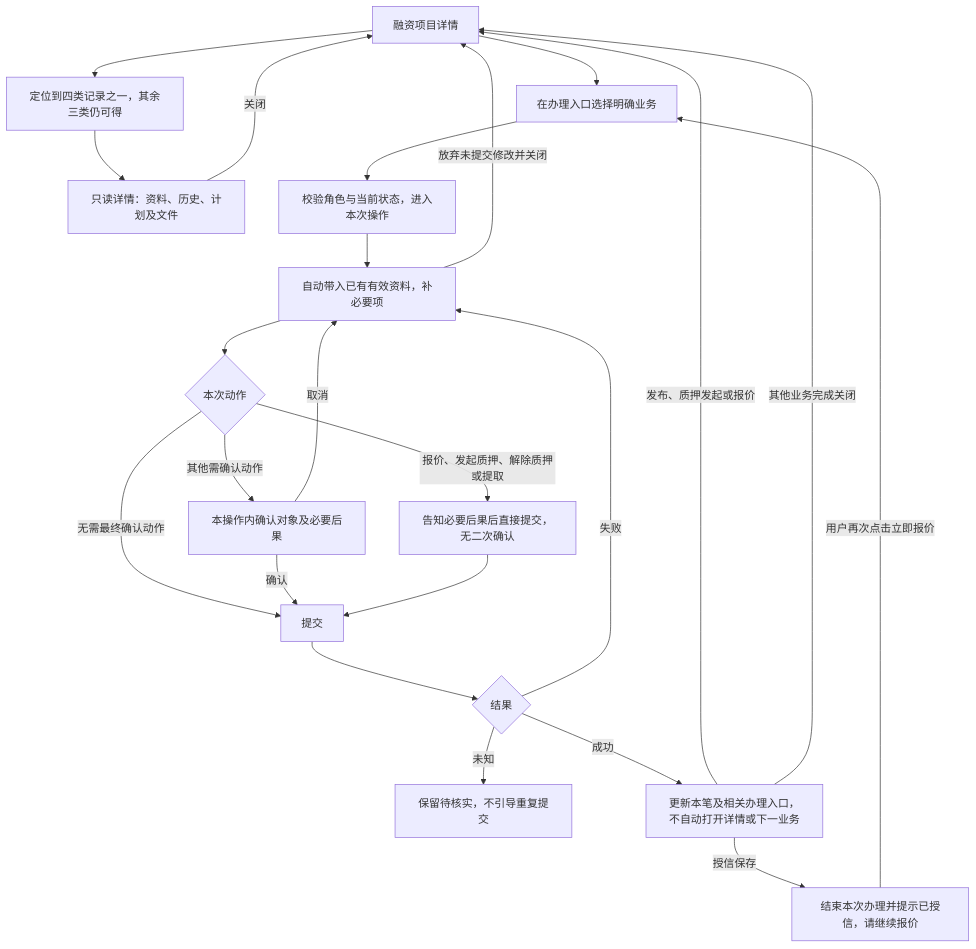
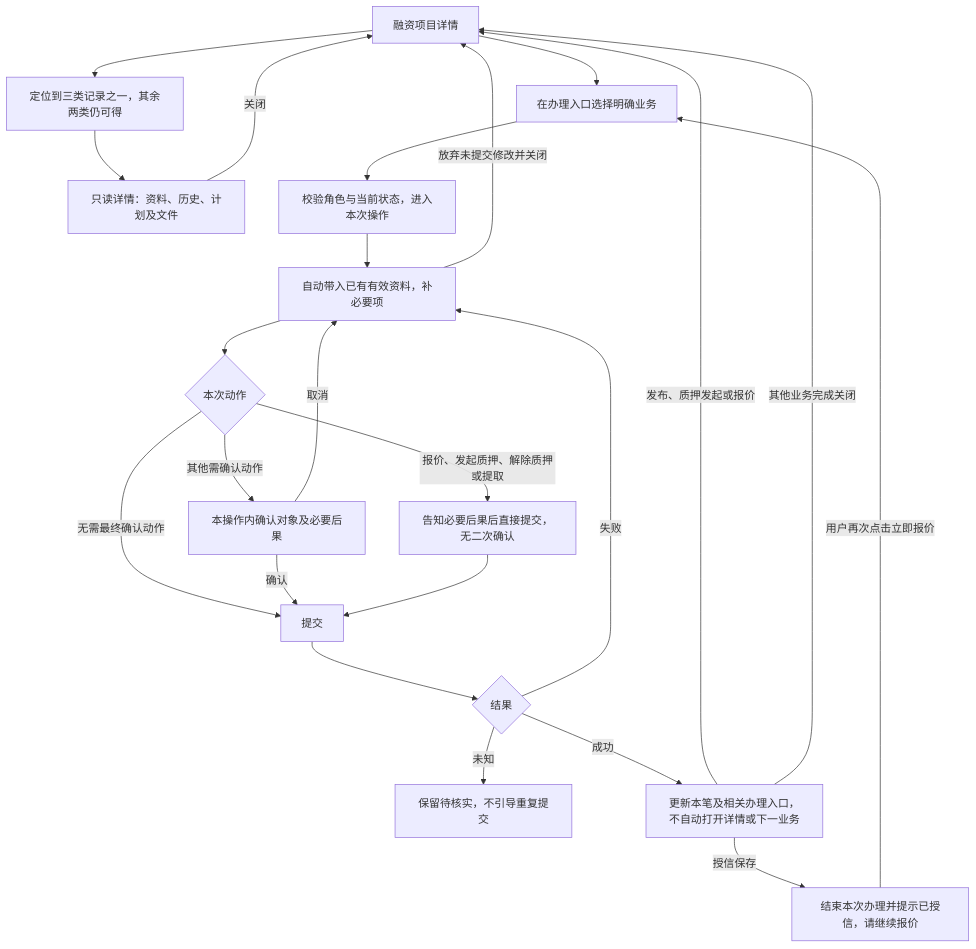
One commit to wxblockchain/Chain-Financing changed the seventh of 10 diagrams in lending-platform/PRD/面客端/05-借贷广场-融资需求与代币质押/02-融资需求与代币质押-流程图与状态机.md. Above: the diagram before and after it, drawn with Mermaid. The commit also changed other lines of this file and 5 other files, not shown here.

````diff
--- a/lending-platform/PRD/面客端/05-借贷广场-融资需求与代币质押/02-融资需求与代币质押-流程图与状态机.md
+++ b/lending-platform/PRD/面客端/05-借贷广场-融资需求与代币质押/02-融资需求与代币质押-流程图与状态机.md
@@ -196,25 +199,25 @@
 ```mermaid
 flowchart TD
-  A[融资项目详情] --> B[定位到四类记录之一，其余三类仍可得]
+  A[融资项目详情] --> B[定位到三类记录之一，其余两类仍可得]
   B --> C[只读详情：资料、历史、计划及文件]
   C -->|关闭| A
   A --> D[在办理入口选择明确业务]
   D --> E[校验角色与当前状态，进入本次操作]
   E --> F[自动带入已有有效资料，补必要项]
   F --> G{本次动作}
   G -->|报价、发起质押、解除质押或提取| H[告知必要后果后直接提交，无二次确认]
   G -->|其他需确认动作| I[本操作内确认对象及必要后果]
   G -->|无需最终确认动作| J[提交]
   I -->|确认| J
   I -->|取消| F
   H --> J
   J --> K{结果}
   K -->|失败| F
   K -->|未知| U[保留待核实，不引导重复提交]
   K -->|成功| V[更新本笔及相关办理入口，不自动打开详情或下一业务]
   V -->|授信保存| T[结束本次办理并提示已授信，请继续报价]
   T -->|用户再次点击立即报价| D
   V -->|发布、质押发起或报价| A
   V -->|其他业务完成关闭| A
   F -->|放弃未提交修改并关闭| A
 ```
````
